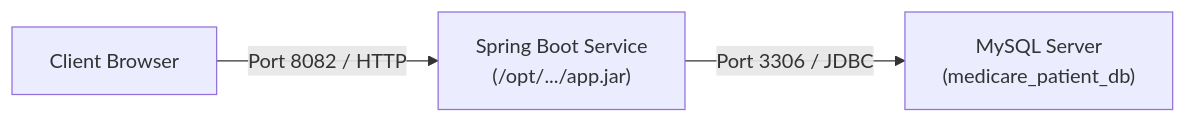
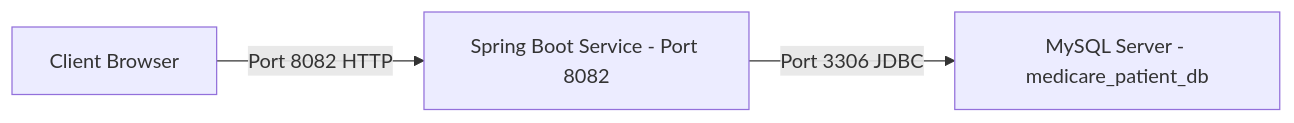
Before and after one commit to IT209-Devops-Fundamentals/homework: the second of 3 diagrams in practice_ss07/DEVOPS_EXAM_HANDBOOK.md, drawn with Mermaid. The commit also changed other lines of this file, not shown here.

````diff
--- a/practice_ss07/DEVOPS_EXAM_HANDBOOK.md
+++ b/practice_ss07/DEVOPS_EXAM_HANDBOOK.md
@@ -177,5 +177,5 @@
 ```mermaid
 flowchart LR
-    Client["Client Browser"] -->|Port 8082 / HTTP| App["Spring Boot Service\n(/opt/.../app.jar)"]
-    App -->|Port 3306 / JDBC| DB["MySQL Server\n(medicare_patient_db)"]
+    Client["Client Browser"] -->|Port 8082 HTTP| App["Spring Boot Service - Port 8082"]
+    App -->|Port 3306 JDBC| DB["MySQL Server - medicare_patient_db"]
 ```
````
